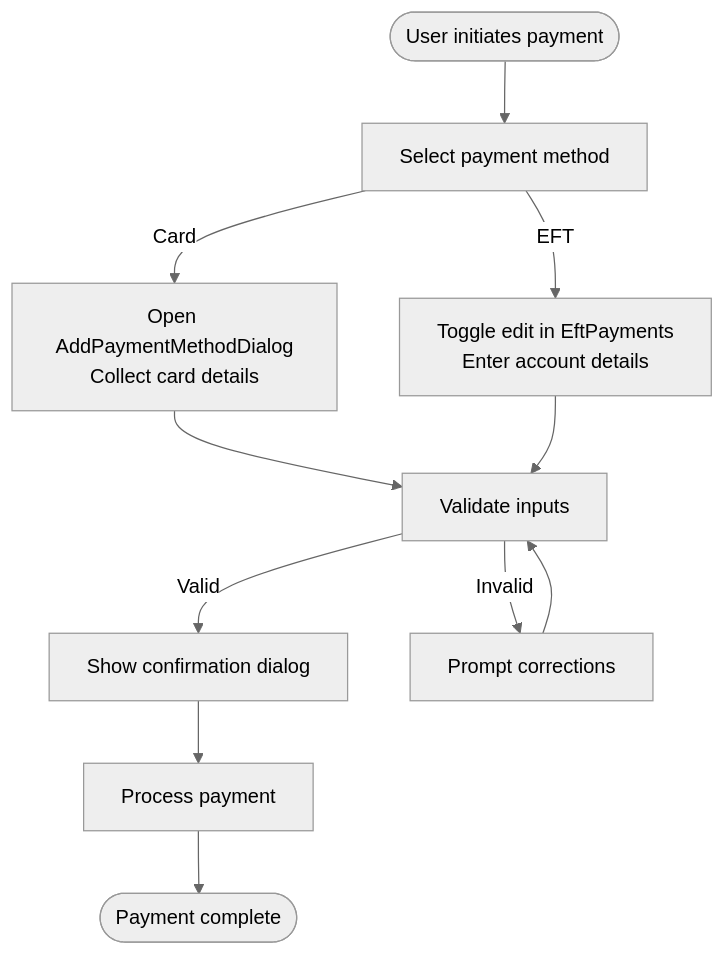
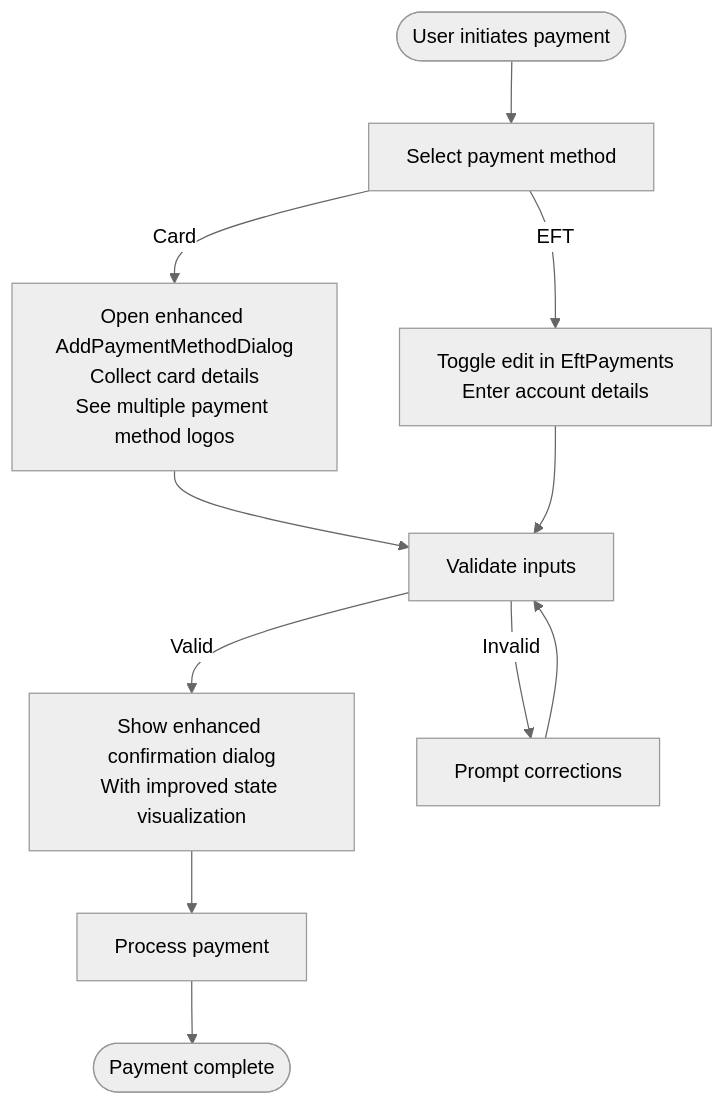
The seventh of 8 diagrams in .qoder/repowiki/en/content/Core Features/E-commerce Platform/Payment Processing System.md (Ariful3111/FurniGo), drawn with Mermaid (neutral theme) before and after one commit. The commit also changed other lines of this file and 10 other files, not shown here.

````diff
--- a/.qoder/repowiki/en/content/Core Features/E-commerce Platform/Payment Processing System.md
+++ b/.qoder/repowiki/en/content/Core Features/E-commerce Platform/Payment Processing System.md
@@ -346,13 +441,13 @@
 ```mermaid
 flowchart TD
 Start(["User initiates payment"]) --> Choose["Select payment method"]
-Choose --> |Card| CardFlow["Open AddPaymentMethodDialog<br/>Collect card details"]
+Choose --> |Card| CardFlow["Open enhanced AddPaymentMethodDialog<br/>Collect card details<br/>See multiple payment method logos"]
 Choose --> |EFT| EFTFlow["Toggle edit in EftPayments<br/>Enter account details"]
 CardFlow --> Validate["Validate inputs"]
 EFTFlow --> Validate
-Validate --> |Valid| Confirm["Show confirmation dialog"]
+Validate --> |Valid| Confirm["Show enhanced confirmation dialog<br/>With improved state visualization"]
 Validate --> |Invalid| Fix["Prompt corrections"]
 Confirm --> Process["Process payment"]
 Process --> Done(["Payment complete"])
 Fix --> Validate
 ```
````
